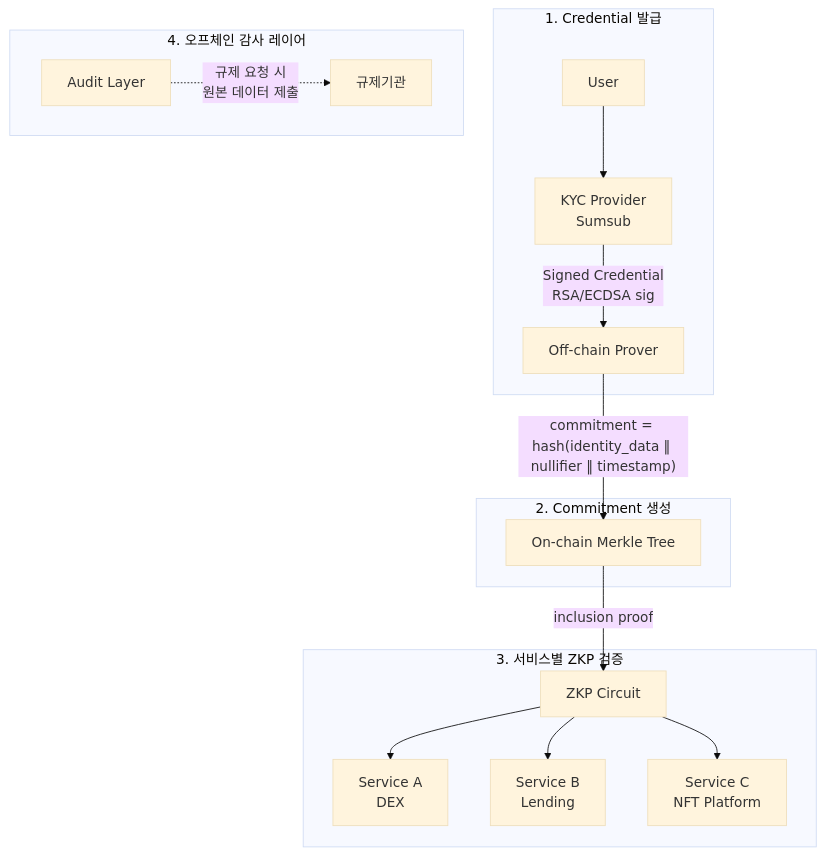
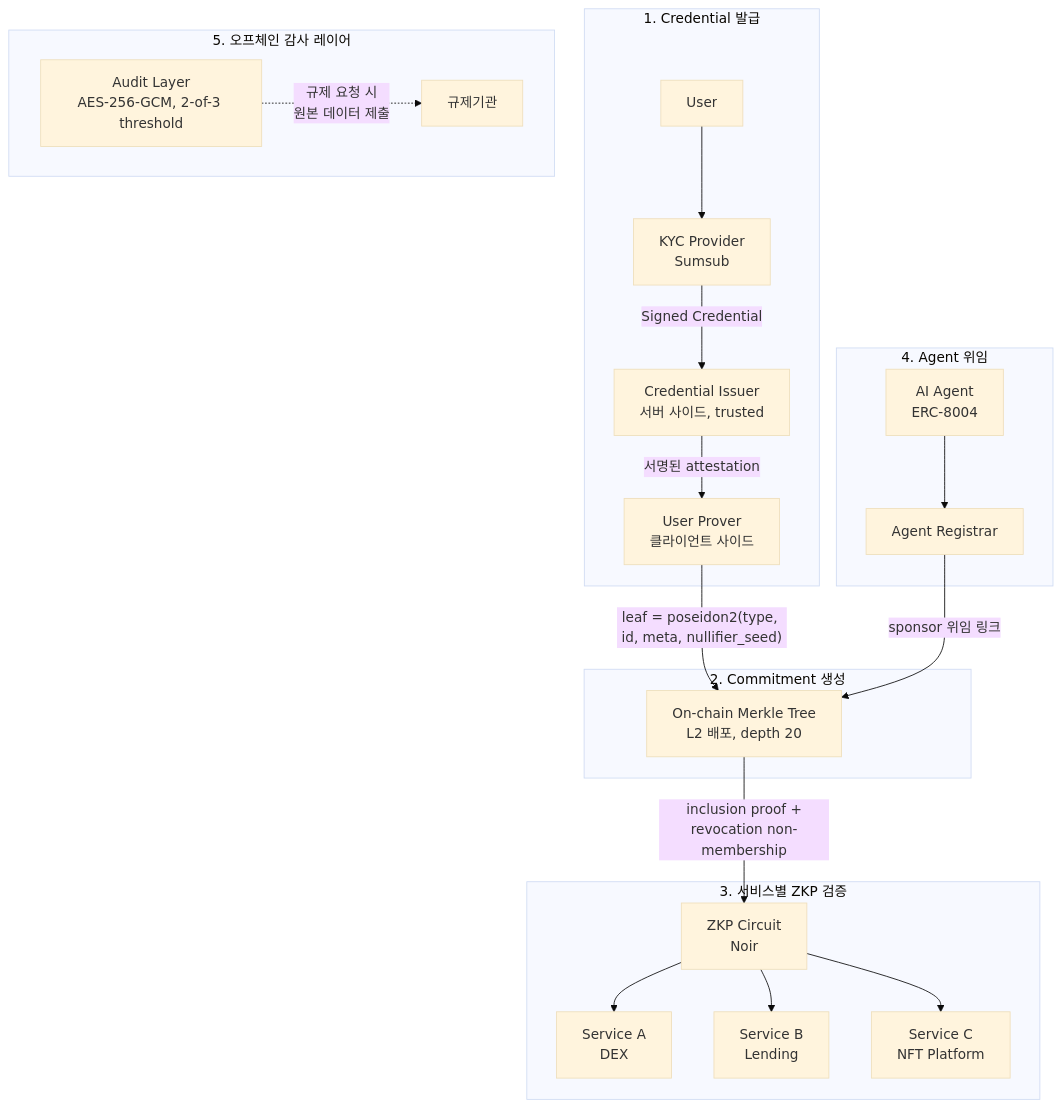
One commit to joey-nx/stealth-id changed the first of 2 diagrams in README.md. Above: the diagram before and after it, drawn with Mermaid (base theme). The commit also changed other lines of this file, not shown here.

````diff
--- a/README.md
+++ b/README.md
@@ -18,22 +18,28 @@
 ```mermaid
 flowchart TB
     subgraph "1. Credential 발급"
         U[User] --> KYC[KYC Provider<br/>Sumsub]
-        KYC -->|Signed Credential<br/>RSA/ECDSA sig| OP[Off-chain Prover]
+        KYC -->|Signed Credential| CI[Credential Issuer<br/>서버 사이드, trusted]
+        CI -->|서명된 attestation| UP[User Prover<br/>클라이언트 사이드]
     end
 
     subgraph "2. Commitment 생성"
-        OP -->|"commitment = hash(identity_data ‖ nullifier ‖ timestamp)"| MT[On-chain Merkle Tree]
+        UP -->|"leaf = poseidon2(type, id, meta, nullifier_seed)"| MT[On-chain Merkle Tree<br/>L2 배포, depth 20]
     end
 
     subgraph "3. 서비스별 ZKP 검증"
-        MT -->|inclusion proof| ZK[ZKP Circuit]
+        MT -->|inclusion proof +<br/>revocation non-membership| ZK[ZKP Circuit<br/>Noir]
         ZK --> SA[Service A<br/>DEX]
         ZK --> SB[Service B<br/>Lending]
         ZK --> SC[Service C<br/>NFT Platform]
     end
 
-    subgraph "4. 오프체인 감사 레이어"
-        AL[Audit Layer] -.->|규제 요청 시<br/>원본 데이터 제출| REG[규제기관]
+    subgraph "4. Agent 위임"
+        AR[Agent Registrar] -->|sponsor 위임 링크| MT
+        AG[AI Agent<br/>ERC-8004] --> AR
+    end
+
+    subgraph "5. 오프체인 감사 레이어"
+        AL[Audit Layer<br/>AES-256-GCM, 2-of-3 threshold] -.->|규제 요청 시<br/>원본 데이터 제출| REG[규제기관]
     end
 ```
````
